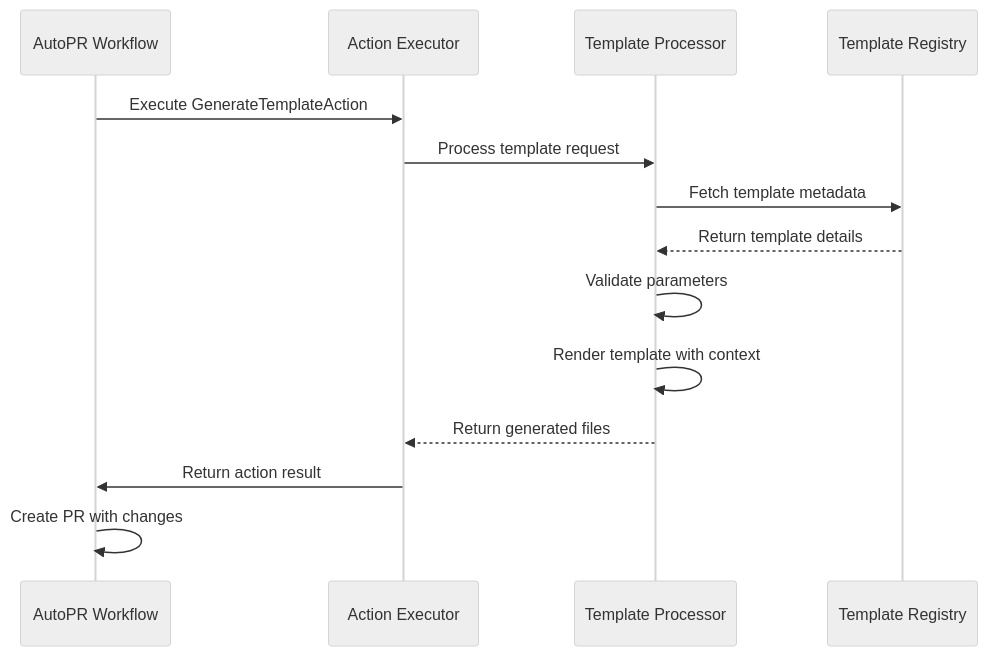
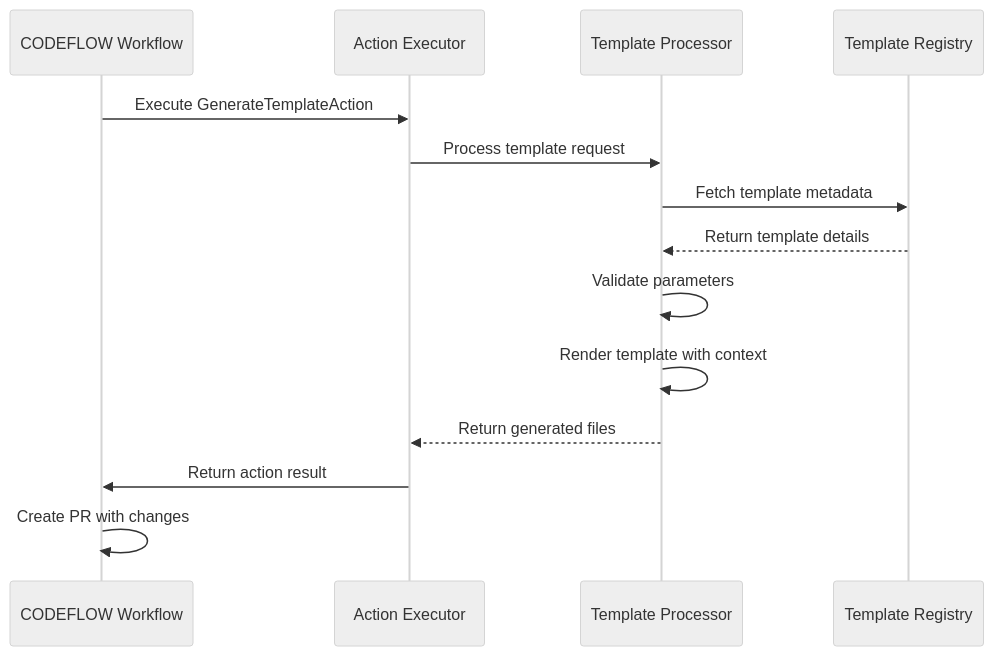
The second of 3 diagrams in docs/development/autopr_autoweave_integration.md (JustAGhosT/codeflow-engine), drawn with Mermaid (neutral theme) before and after one commit. The commit also changed other lines of this file and 421 other files, not shown here.

````diff
--- a/docs/development/autopr_autoweave_integration.md
+++ b/docs/development/autopr_autoweave_integration.md
@@ -130,16 +130,16 @@
 ```mermaid
 sequenceDiagram
-    participant AP as AutoPR Workflow
+    participant AP as CODEFLOW Workflow
     participant AE as Action Executor
     participant TP as Template Processor
     participant TR as Template Registry
     AP->>AE: Execute GenerateTemplateAction
     AE->>TP: Process template request
     TP->>TR: Fetch template metadata
     TR-->>TP: Return template details
     TP->>TP: Validate parameters
     TP->>TP: Render template with context
     TP-->>AE: Return generated files
     AE->>AP: Return action result
     AP->>AP: Create PR with changes
 ```
````
